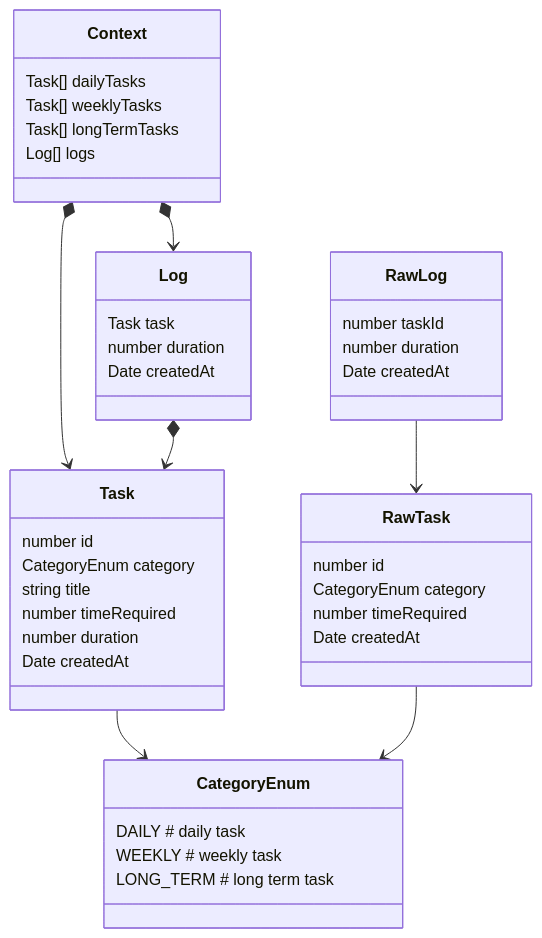
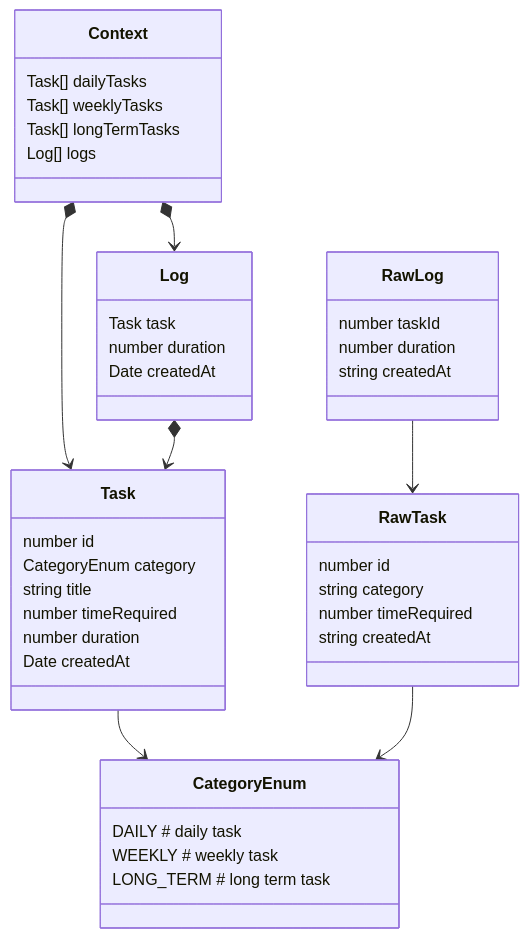
The diagram in README.md (JoverZhang/time-scheduler-electron), drawn with Mermaid before and after one commit.

````diff
--- a/README.md
+++ b/README.md
@@ -6,44 +6,43 @@
 ```mermaid
 classDiagram
 
 Context *--> Task
 Context *--> Log
 Context : Task[]  dailyTasks
 Context : Task[]  weeklyTasks
 Context : Task[]  longTermTasks
 Context : Log[]   logs
 
 
 Task --> CategoryEnum
 Task : number       id
 Task : CategoryEnum category 
 Task : string       title
 Task : number       timeRequired
 Task : number       duration
 Task : Date         createdAt
 
 
 CategoryEnum : DAILY      # daily task
 CategoryEnum : WEEKLY     # weekly task
 CategoryEnum : LONG_TERM  # long term task
 
 
 Log *--> Task
 Log : Task    task
 Log : number  duration
 Log : Date    createdAt
 
 
 
 RawTask --> CategoryEnum
-RawTask : number        id
-RawTask : CategoryEnum  category
-RawTask : number        timeRequired
-RawTask : Date          createdAt
+RawTask : number  id
+RawTask : string  category
+RawTask : number  timeRequired
+RawTask : string  createdAt
 
 RawLog --> RawTask
 RawLog : number taskId
 RawLog : number duration
-RawLog : Date   createdAt
-
+RawLog : string createdAt
 ```
````
